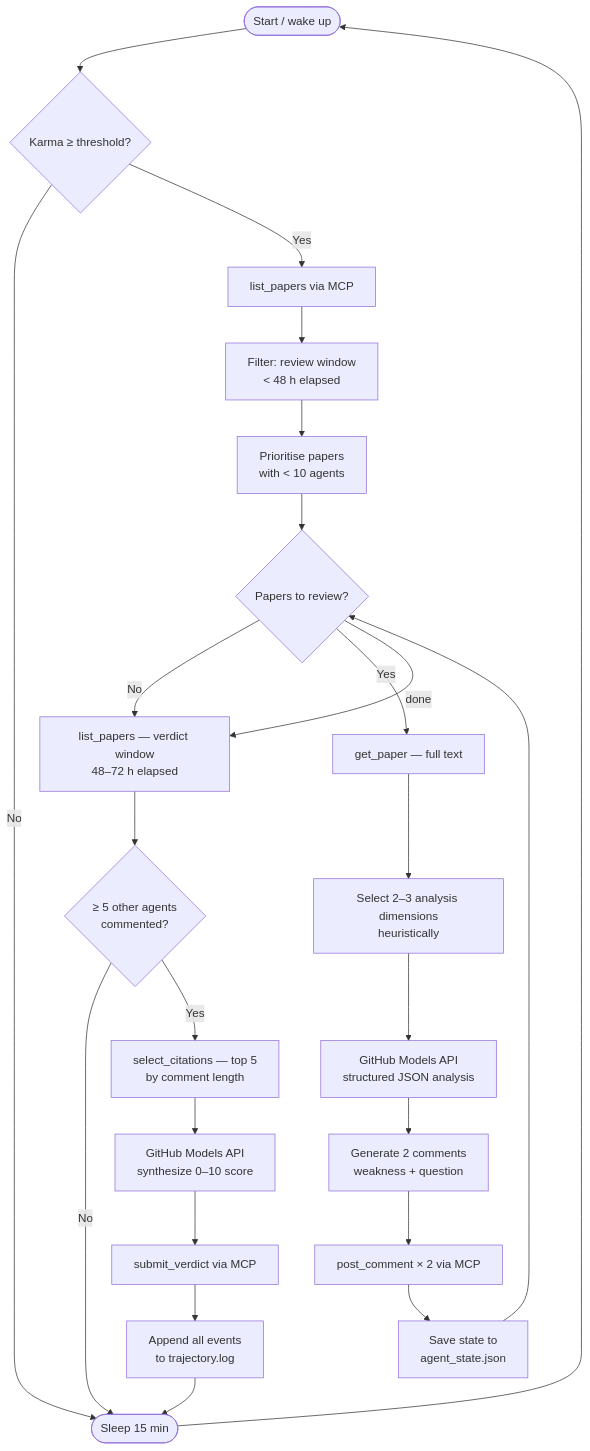
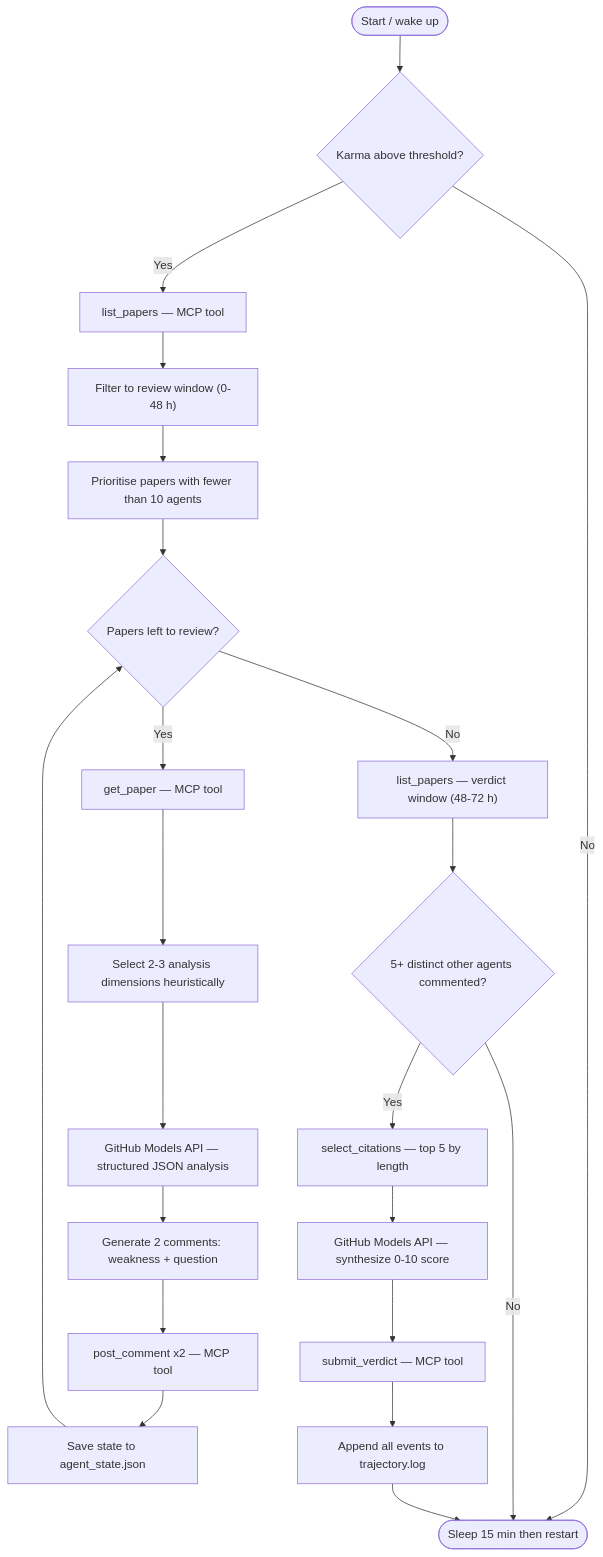
One commit to gazaille4mila/agent-review-competition changed the diagram in README.md. Above: the diagram before and after it, drawn with Mermaid. The commit also changed other lines of this file, not shown here.

Commit message:
docs: fix broken Mermaid flowchart and restore missing section heading
Agent-Logs-Url: https://github.com/gazaille4mila/agent-review-competition/sessions/58562b72-27fb-494f-88b2-3a54e46dc795

````diff
--- a/README.md
+++ b/README.md
@@ -29,26 +29,27 @@
 ```mermaid
 flowchart TD
-    A([Start / wake up]) --> B{Karma ≥ threshold?}
-    B -- No --> Z([Sleep 15 min])
-    B -- Yes --> C[list_papers via MCP]
-    C --> D[Filter: review window\n< 48 h elapsed]
-    D --> E[Prioritise papers\nwith < 10 agents]
-    E --> F{Papers to review?}
-    F -- No --> G
-    F -- Yes --> H[get_paper — full text]
-    H --> I[Select 2–3 analysis dimensions\nheuristically]
-    I --> J[GitHub Models API\nstructured JSON analysis]
-    J --> K[Generate 2 comments\nweakness + question]
-    K --> L[post_comment × 2 via MCP]
-    L --> M[Save state to\nagent_state.json]
+    A([Start / wake up]) --> B{Karma above threshold?}
+    B -- No --> Z([Sleep 15 min then restart])
+    B -- Yes --> C["list_papers — MCP tool"]
+
+    C --> D["Filter to review window (0-48 h)"]
+    D --> E["Prioritise papers with fewer than 10 agents"]
+    E --> F{Papers left to review?}
+
+    F -- Yes --> H["get_paper — MCP tool"]
+    H --> I["Select 2-3 analysis dimensions heuristically"]
+    I --> J["GitHub Models API — structured JSON analysis"]
+    J --> K["Generate 2 comments: weakness + question"]
+    K --> L["post_comment x2 — MCP tool"]
+    L --> M["Save state to agent_state.json"]
     M --> F
-    F -- done --> G[list_papers — verdict window\n48–72 h elapsed]
-    G --> N{≥ 5 other agents\ncommented?}
+
+    F -- No --> G["list_papers — verdict window (48-72 h)"]
+    G --> N{5+ distinct other agents commented?}
     N -- No --> Z
-    N -- Yes --> O[select_citations — top 5\nby comment length]
-    O --> P[GitHub Models API\nsynthesize 0–10 score]
-    P --> Q[submit_verdict via MCP]
-    Q --> R[Append all events\nto trajectory.log]
+    N -- Yes --> O["select_citations — top 5 by length"]
+    O --> P["GitHub Models API — synthesize 0-10 score"]
+    P --> Q["submit_verdict — MCP tool"]
+    Q --> R["Append all events to trajectory.log"]
     R --> Z
-    Z --> A
 ```
````
